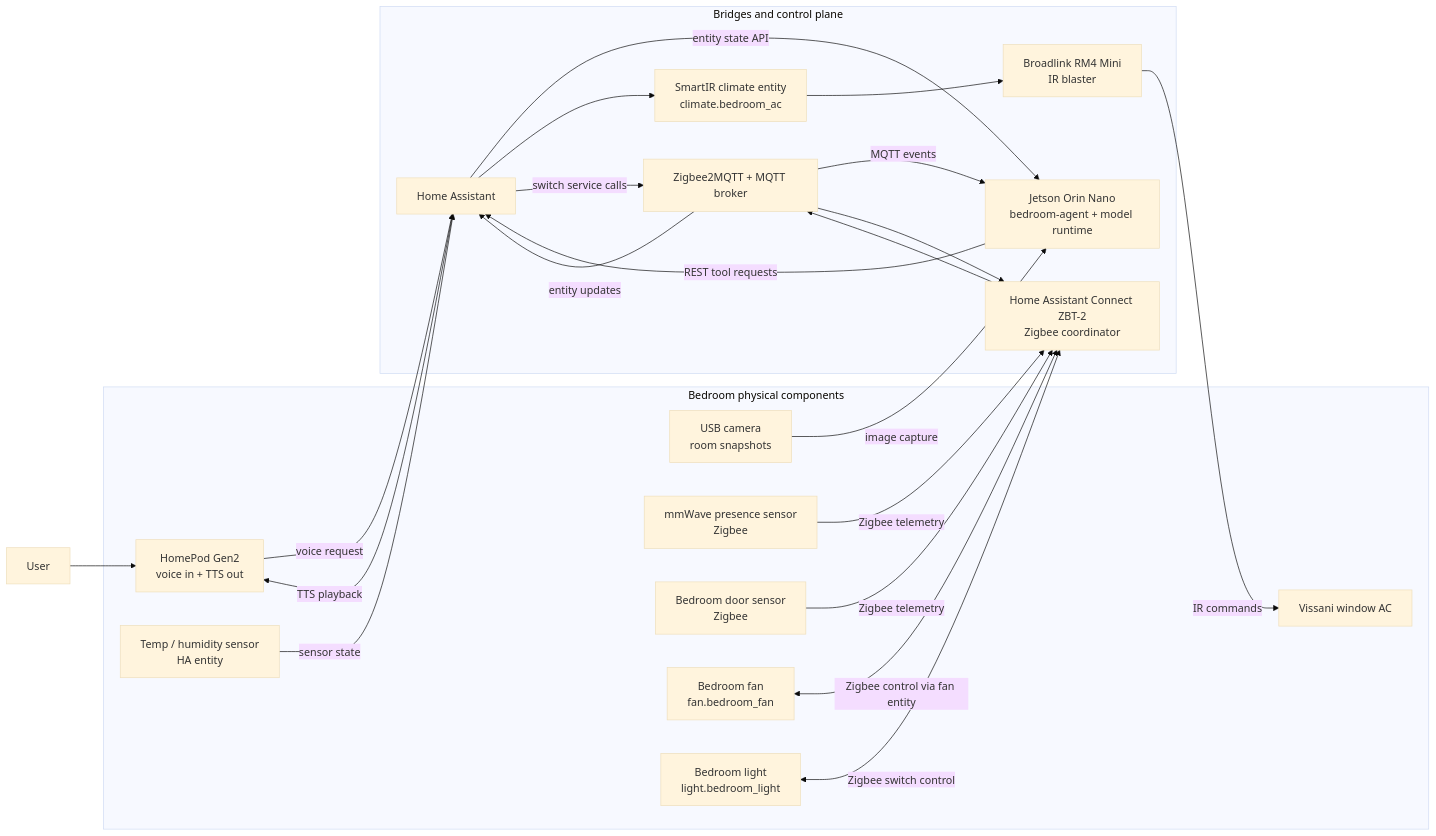
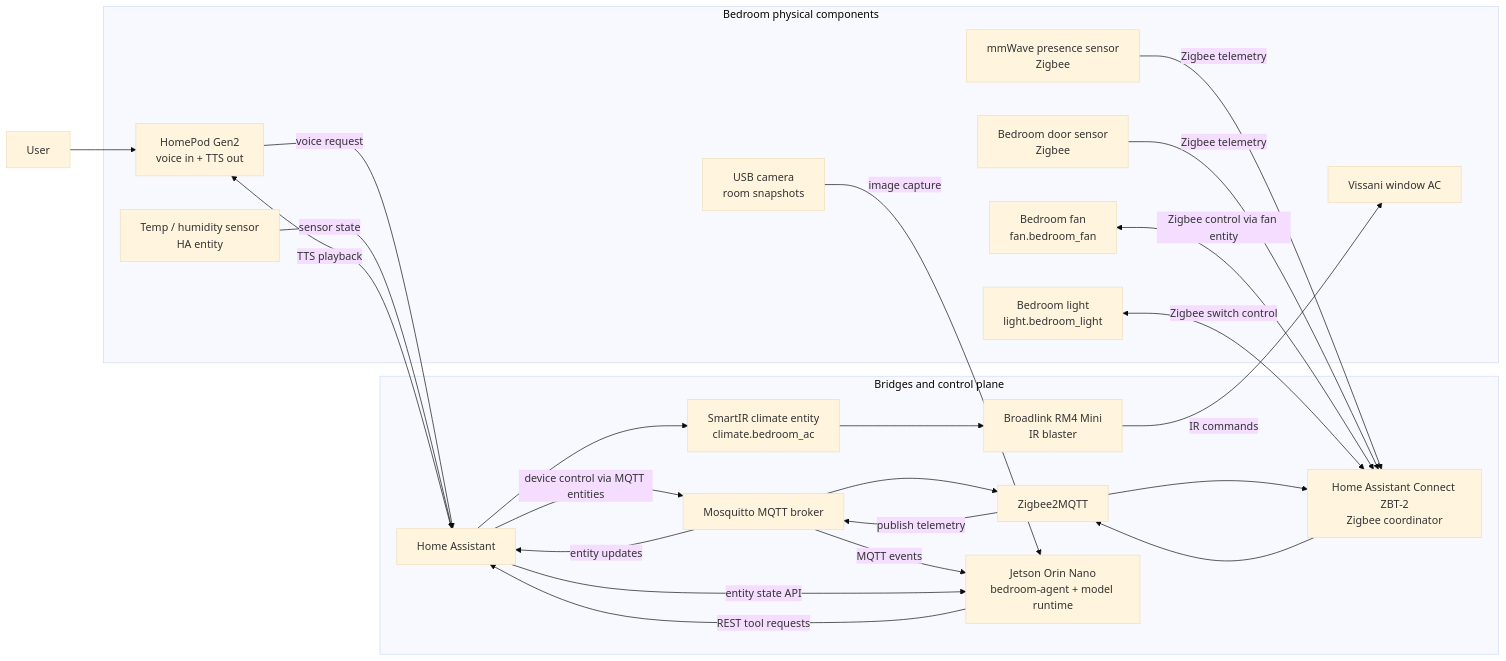
The diagram in docs/physical_integration.mmd (RohithSurya/bedroom-agent), drawn with Mermaid (base theme) before and after one commit. The commit also changed 6 other files, not shown here.

Commit message:
Add architecture diagrams

```diff
--- a/docs/physical_integration.mmd
+++ b/docs/physical_integration.mmd
@@ -1,48 +1,51 @@
 flowchart LR
   User["User"]
 
   subgraph Room["Bedroom physical components"]
     HomePod["HomePod Gen2\nvoice in + TTS out"]
     Camera["USB camera\nroom snapshots"]
     Presence["mmWave presence sensor\nZigbee"]
     Door["Bedroom door sensor\nZigbee"]
     TempHum["Temp / humidity sensor\nHA entity"]
     Fan["Bedroom fan\nfan.bedroom_fan"]
     LightSwitch["Bedroom light\nlight.bedroom_light"]
     AC["Vissani window AC"]
   end
 
   subgraph Control["Bridges and control plane"]
     ZBT2["Home Assistant Connect ZBT-2\nZigbee coordinator"]
-    Z2M["Zigbee2MQTT + MQTT broker"]
+    Z2M["Zigbee2MQTT"]
+    Broker["Mosquitto MQTT broker"]
     HA["Home Assistant"]
     SmartIR["SmartIR climate entity\nclimate.bedroom_ac"]
     Broadlink["Broadlink RM4 Mini\nIR blaster"]
     Jetson["Jetson Orin Nano\nbedroom-agent + model runtime"]
   end
 
   User --> HomePod
   HomePod -->|voice request| HA
   HA -->|TTS playback| HomePod
 
   Camera -->|image capture| Jetson
 
   Presence -->|Zigbee telemetry| ZBT2
   Door -->|Zigbee telemetry| ZBT2
   TempHum -->|sensor state| HA
   Fan <-->|Zigbee control via fan entity| ZBT2
   LightSwitch <-->|Zigbee switch control| ZBT2
 
   ZBT2 --> Z2M
-  Z2M -->|MQTT events| Jetson
-  Z2M -->|entity updates| HA
+  Z2M -->|publish telemetry| Broker
+  Broker -->|MQTT events| Jetson
+  Broker -->|entity updates| HA
 
   Jetson -->|REST tool requests| HA
   HA -->|entity state API| Jetson
 
   HA --> SmartIR
   SmartIR --> Broadlink
   Broadlink -->|IR commands| AC
 
-  HA -->|switch service calls| Z2M
+  HA -->|device control via MQTT entities| Broker
+  Broker --> Z2M
   Z2M --> ZBT2
```
